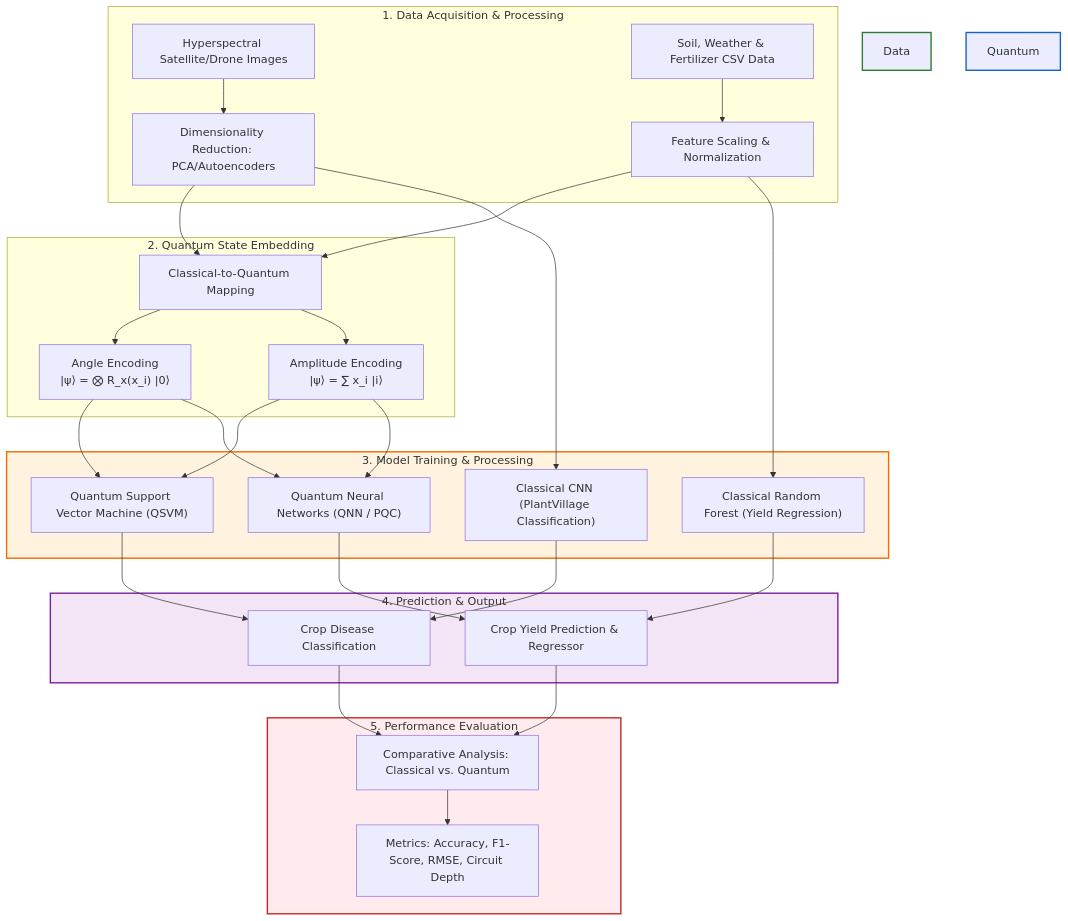
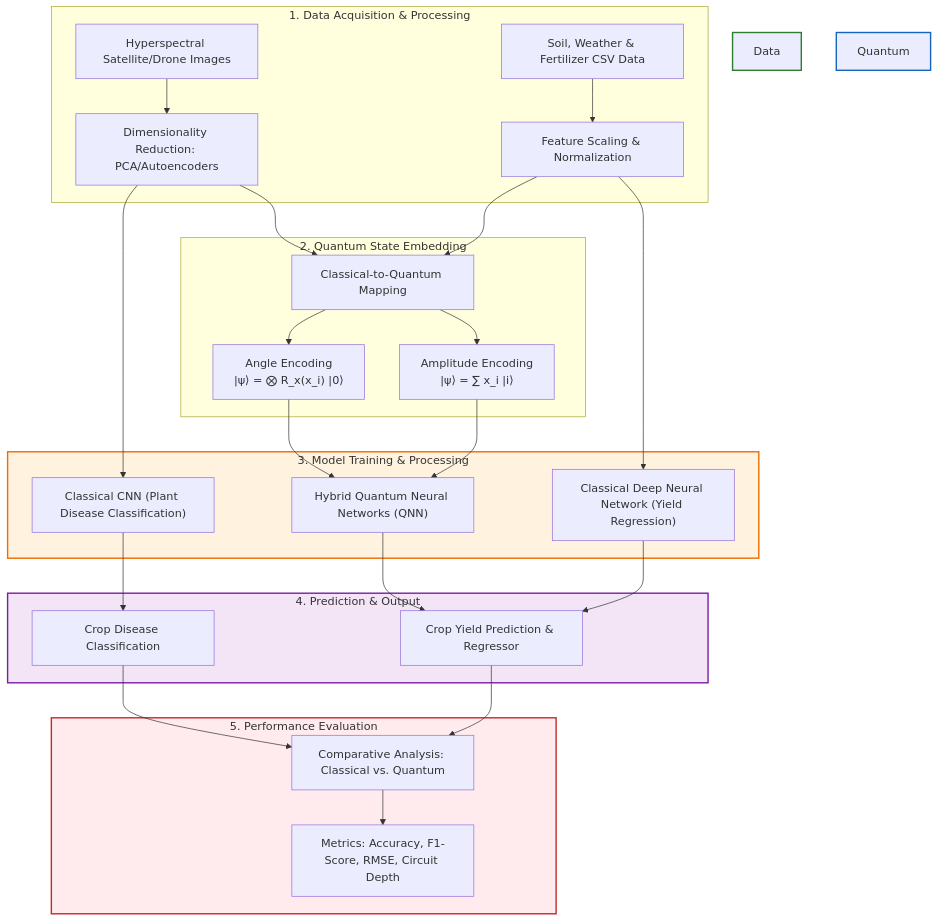
One commit to Ramachandra-2k96/QML changed the diagram in README.md. Above: the diagram before and after it, drawn with Mermaid. The commit also changed other lines of this file and 2 other files, not shown here.

Commit message:
feat: add lightweight QNN evaluation notebook and reorganize project documentation structure

````diff
--- a/README.md
+++ b/README.md
@@ -108,36 +108,35 @@
 ```mermaid
 flowchart TD
     subgraph Data Prep ["1. Data Acquisition & Processing"]
         A1[Hyperspectral Satellite/Drone Images] --> B1[Dimensionality Reduction: PCA/Autoencoders]
         A2[Soil, Weather & Fertilizer CSV Data] --> B2[Feature Scaling & Normalization]
     end
 
     subgraph Quantum Encoding ["2. Quantum State Embedding"]
         B1 & B2 --> C[Classical-to-Quantum Mapping]
         C --> D1["Angle Encoding\n|ψ⟩ = ⨂ R_x(x_i) |0⟩"]
         C --> D2["Amplitude Encoding\n|ψ⟩ = ∑ x_i |i⟩"]
     end
 
     subgraph Modeling ["3. Model Training & Processing"]
-        D1 & D2 --> E1["Quantum Support Vector Machine (QSVM)"]
-        D1 & D2 --> E2["Quantum Neural Networks (QNN / PQC)"]
-        B1 --> F1["Classical CNN (PlantVillage Classification)"]
-        B2 --> F2["Classical Random Forest (Yield Regression)"]
+        D1 & D2 --> E1["Hybrid Quantum Neural Networks (QNN)"]
+        B1 --> F1["Classical CNN (Plant Disease Classification)"]
+        B2 --> F2["Classical Deep Neural Network (Yield Regression)"]
     end
 
     subgraph Execution ["4. Prediction & Output"]
-        E1 & F1 --> G1[Crop Disease Classification]
-        E2 & F2 --> G2[Crop Yield Prediction & Regressor]
+        F1 --> G1[Crop Disease Classification]
+        E1 & F2 --> G2[Crop Yield Prediction & Regressor]
     end
 
     subgraph Evaluation ["5. Performance Evaluation"]
         G1 & G2 --> H[Comparative Analysis: Classical vs. Quantum]
         H --> I["Metrics: Accuracy, F1-Score, RMSE, Circuit Depth"]
     end
 
     style Data Prep fill:#e8f5e9,stroke:#2e7d32,stroke-width:2px
     style Quantum Encoding fill:#e3f2fd,stroke:#1565c0,stroke-width:2px
     style Modeling fill:#fff3e0,stroke:#ef6c00,stroke-width:2px
     style Execution fill:#f3e5f5,stroke:#7b1fa2,stroke-width:2px
     style Evaluation fill:#ffebee,stroke:#c62828,stroke-width:2px
 ```
````
